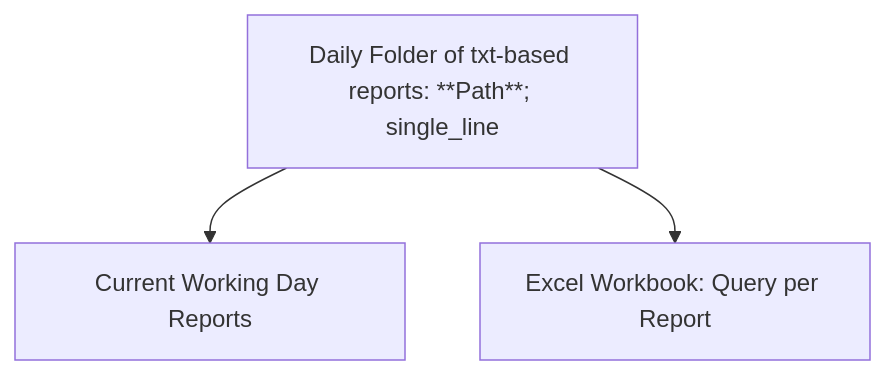
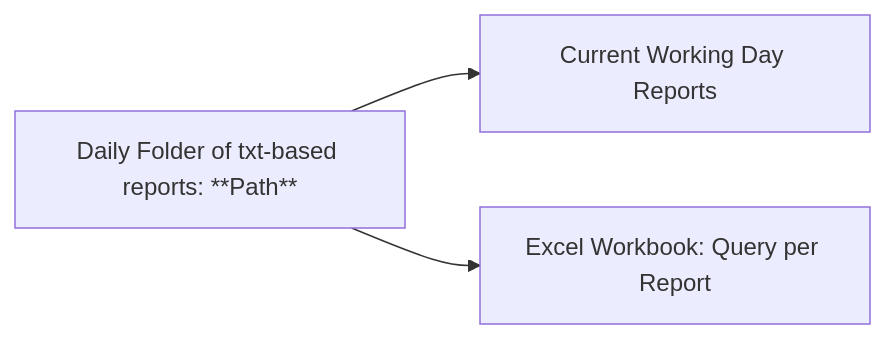
One commit to Eddie-Zhu-IRL/banking-report-etl-powerquery changed the diagram in README.md. Above: the diagram before and after it, drawn with Mermaid.

````diff
--- a/README.md
+++ b/README.md
@@ -60,6 +60,6 @@
 ```mermaid
-graph TD;
-A[Daily Folder of txt-based reports: **Path**; single-line] --> B[Current Working Day Reports];
-A[Daily Folder of txt-based reports: **Path**; single_line] --> C[Excel Workbook: Query per Report];
+graph LR;
+A[Daily Folder of txt-based reports: **Path**] --> B[Current Working Day Reports];
+A[Daily Folder of txt-based reports: **Path**] --> C[Excel Workbook: Query per Report];
 
 ```
````
